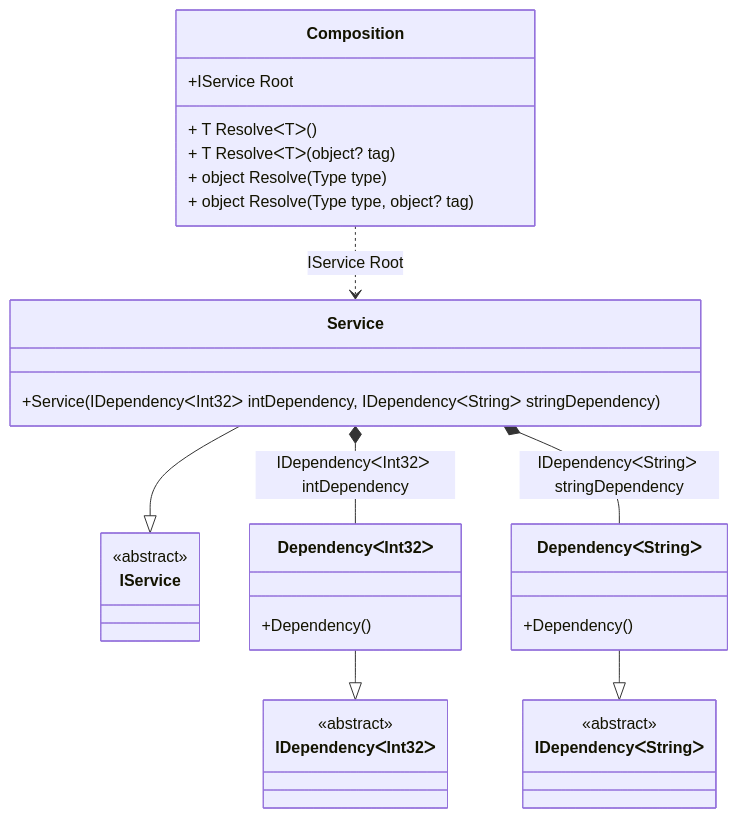
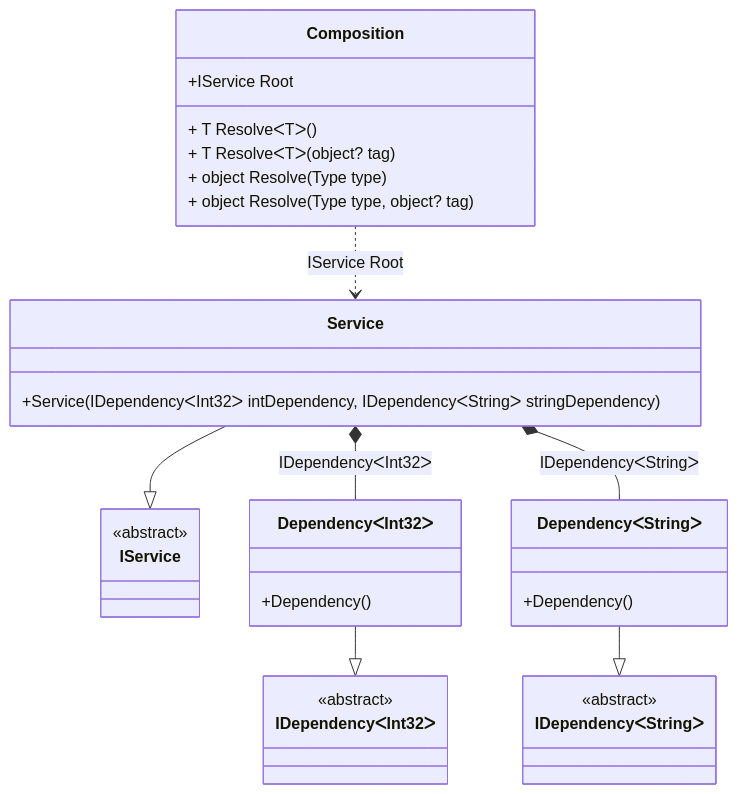
Before and after one commit to DevTeam/Pure.DI: the diagram in readme/generics.md, drawn with Mermaid. The commit also changed other lines of this file and 84 other files, not shown here.

````diff
--- a/readme/generics.md
+++ b/readme/generics.md
@@ -47,34 +47,34 @@
 ```mermaid
 classDiagram
   class Composition {
     +IService Root
     + T ResolveᐸTᐳ()
     + T ResolveᐸTᐳ(object? tag)
     + object Resolve(Type type)
     + object Resolve(Type type, object? tag)
   }
   Service --|> IService : 
   class Service {
     +Service(IDependencyᐸInt32ᐳ intDependency, IDependencyᐸStringᐳ stringDependency)
   }
   DependencyᐸInt32ᐳ --|> IDependencyᐸInt32ᐳ : 
   class DependencyᐸInt32ᐳ {
     +Dependency()
   }
   DependencyᐸStringᐳ --|> IDependencyᐸStringᐳ : 
   class DependencyᐸStringᐳ {
     +Dependency()
   }
   class IService {
     <<abstract>>
   }
   class IDependencyᐸInt32ᐳ {
     <<abstract>>
   }
   class IDependencyᐸStringᐳ {
     <<abstract>>
   }
-  Service *--  DependencyᐸInt32ᐳ : IDependencyᐸInt32ᐳ intDependency
-  Service *--  DependencyᐸStringᐳ : IDependencyᐸStringᐳ stringDependency
+  Service *--  DependencyᐸInt32ᐳ : IDependencyᐸInt32ᐳ
+  Service *--  DependencyᐸStringᐳ : IDependencyᐸStringᐳ
   Composition ..> Service : IService Root
 ```
````
